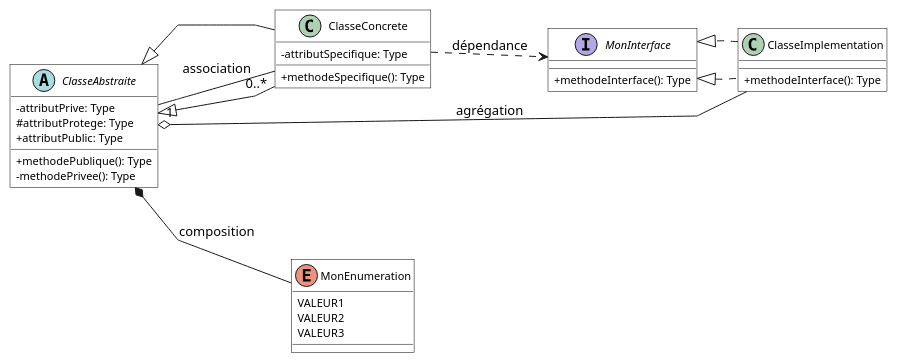
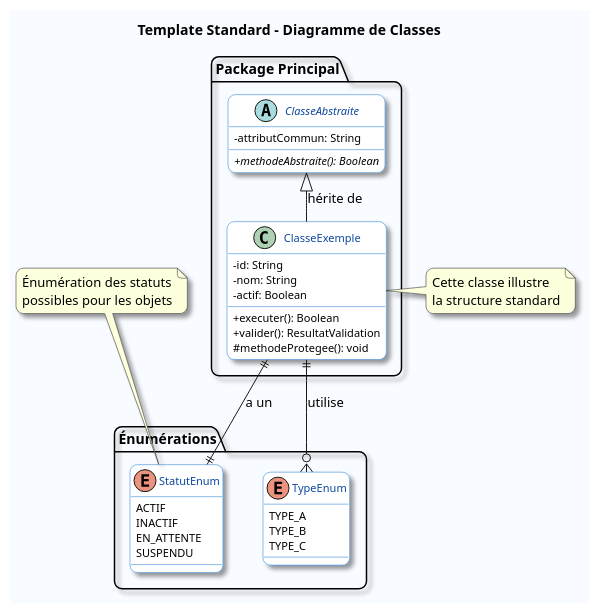
Before and after one commit to caranvalis/diagramePlantUml: the diagram in KYC DIAGRAMME DE CLASSE/TEMPLATE_STANDARD_CLASSE.puml, drawn with PlantUML. The commit also changed 20 other files, not shown here.

Commit message:
mise a jour des diagrammes de classes

```diff
--- a/KYC DIAGRAMME DE CLASSE/TEMPLATE_STANDARD_CLASSE.puml
+++ b/KYC DIAGRAMME DE CLASSE/TEMPLATE_STANDARD_CLASSE.puml
@@ -1,81 +1,90 @@
 @startuml TemplateStandardClasse
 ' ========================================
-' TEMPLATE STANDARD DIAGRAMME DE CLASSE
-' Style minimaliste sans couleurs
+' TEMPLATE STANDARD DIAGRAMME DE CLASSE KYC
+' Structure standardisée - NE PAS modifier les couleurs
 ' ========================================
 
-' Configuration du style minimaliste
+' Configuration du style standard bleu
 skinparam linetype polyline
-skinparam backgroundColor white
-skinparam classBackgroundColor white
-skinparam classBorderColor black
-skinparam classFontColor black
+skinparam backgroundColor #F8FBFF
+skinparam classBackgroundColor #E3F2FD    ' OBLIGATOIRE: Bleu clair
+skinparam classBorderColor #1976D2
+skinparam classFontColor #0D47A1
 skinparam classFontSize 12
 skinparam classAttributeFontSize 11
 skinparam classMethodFontSize 11
 skinparam classAttributeIconSize 0
-skinparam shadowing false
-skinparam roundCorner 0
-skinparam nodesep 50
-skinparam ranksep 40
-skinparam packageBackgroundColor white
-skinparam packageBorderColor black
-skinparam packageFontColor black
+skinparam shadowing true
+skinparam roundCorner 15
+skinparam nodesep 40
+skinparam ranksep 30
 
-' Orientation par défaut
-left to right direction
+title Template Standard - Diagramme de Classes
 
 ' ========================================
-' EXEMPLE DE CLASSES
+' PACKAGES (SANS couleur de fond)
+' Syntaxe: package "Nom" { ... }
+' NE PAS ajouter de couleur: package "Nom" #XXXXXX { 
 ' ========================================
 
-abstract class ClasseAbstraite {
-  - attributPrive: Type
-  # attributProtege: Type
-  + attributPublic: Type
-  + methodePublique(): Type
-  - methodePrivee(): Type
+package "Package Principal" {
+  class ClasseExemple {
+    - id: String
+    - nom: String
+    - actif: Boolean
+    + executer(): Boolean
+    + valider(): ResultatValidation
+    # methodeProtegee(): void
+  }
+
+  abstract class ClasseAbstraite {
+    - attributCommun: String
+    + {abstract} methodeAbstraite(): Boolean
+  }
 }
 
-class ClasseConcrete extends ClasseAbstraite {
-  - attributSpecifique: Type
-  + methodeSpecifique(): Type
-}
+package "Énumérations" {
+  enum StatutEnum {
+    ACTIF
+    INACTIF
+    EN_ATTENTE
+    SUSPENDU
+  }
 
-interface MonInterface {
-  + methodeInterface(): Type
-}
-
-class ClasseImplementation implements MonInterface {
-  + methodeInterface(): Type
-}
-
-enum MonEnumeration {
-  VALEUR1
-  VALEUR2
-  VALEUR3
+  enum TypeEnum {
+    TYPE_A
+    TYPE_B
+    TYPE_C
+  }
 }
 
 ' ========================================
-' EXEMPLES DE RELATIONS
+' RELATIONS
+' ========================================
+ClasseExemple ||--|| StatutEnum : "a un"
+ClasseAbstraite <|-- ClasseExemple : "hérite de"
+ClasseExemple ||--o{ TypeEnum : "utilise"
+
+' ========================================
+' NOTES ET DOCUMENTATION
+' ========================================
+note right of ClasseExemple
+  Cette classe illustre
+  la structure standard
+end note
+
+note top of StatutEnum
+  Énumération des statuts
+  possibles pour les objets
+end note
+
+' ========================================
+' RÈGLES À RESPECTER :
+'
+' 1. Fond des classes : #E3F2FD (bleu clair) OBLIGATOIRE
+' 2. Packages : SANS couleur de fond
+' 3. Utiliser ce template pour tout nouveau diagramme
+' 4. Vérifier avec: ./verifier_structure_classes.sh
 ' ========================================
 
-' Héritage
-ClasseConcrete --|> ClasseAbstraite
-
-' Implémentation
-ClasseImplementation ..|> MonInterface
-
-' Association
-ClasseAbstraite "1" -- "0..*" ClasseConcrete : association
-
-' Composition
-ClasseAbstraite *-- MonEnumeration : composition
-
-' Agrégation
-ClasseAbstraite o-- ClasseImplementation : agrégation
-
-' Dépendance
-ClasseConcrete ..> MonInterface : dépendance
-
 @enduml
```
